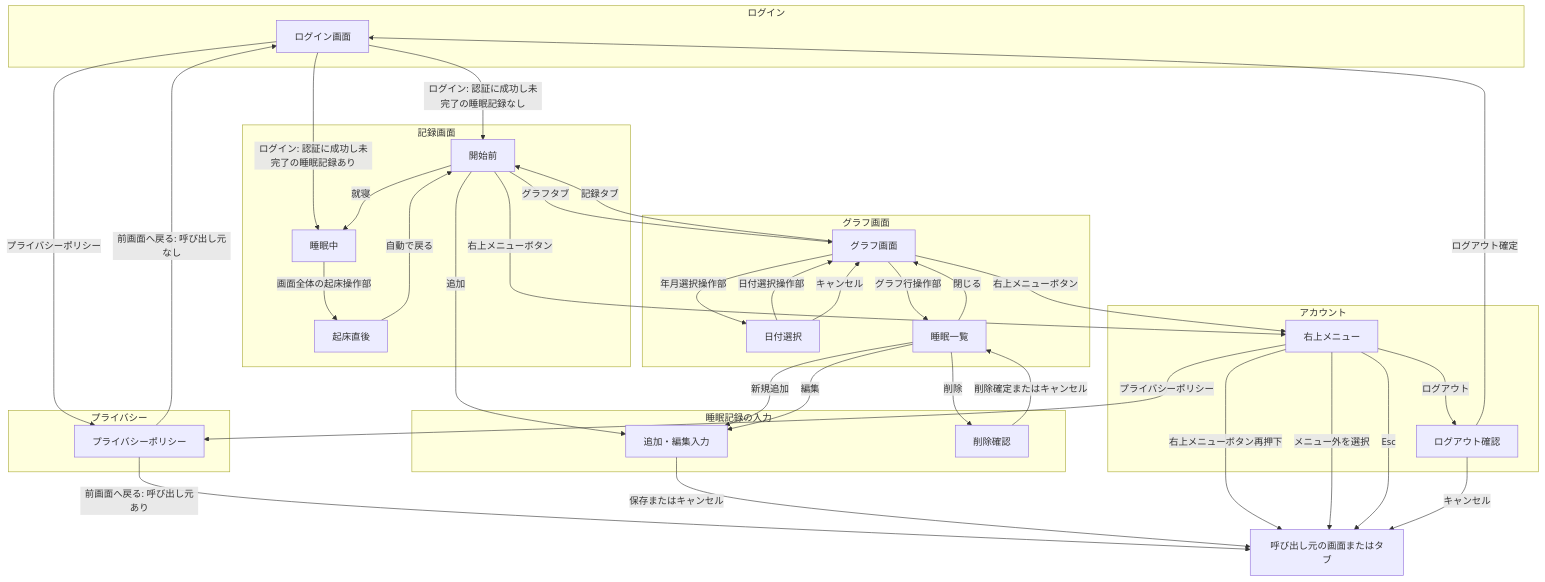
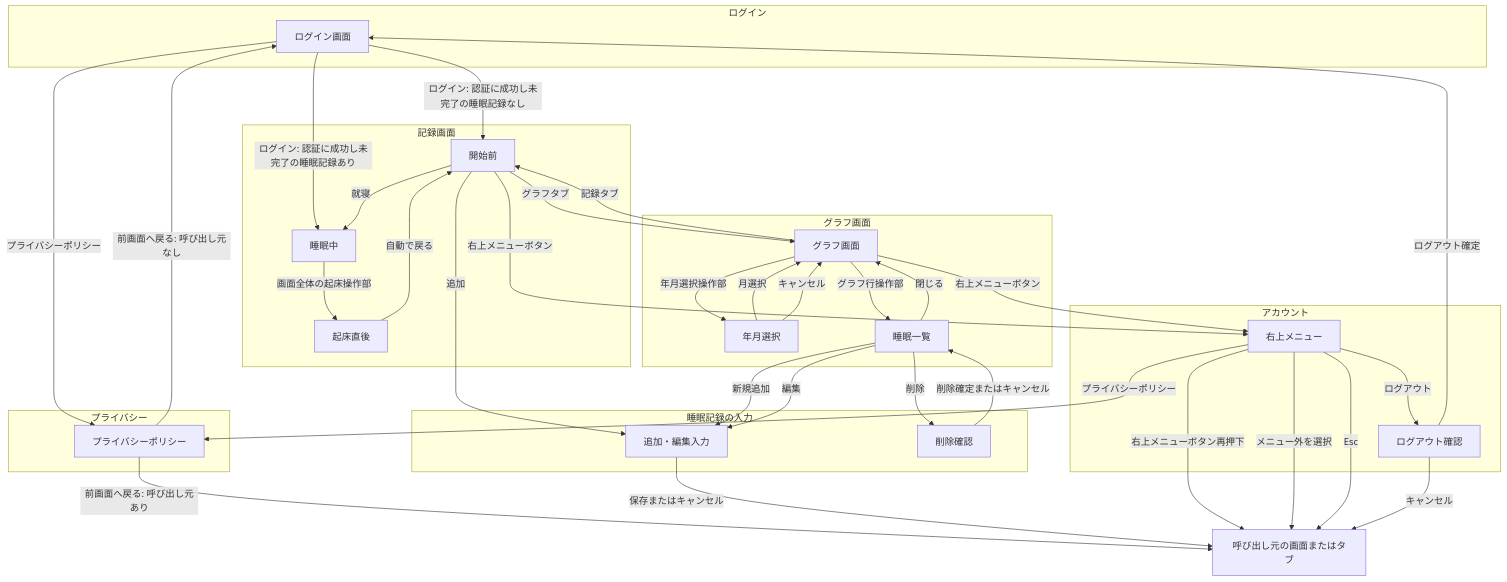
The diagram in docs/v0/specification.md (mimijima/SleepLog), drawn with Mermaid before and after one commit. The commit also changed other lines of this file and 13 other files, not shown here.

````diff
--- a/docs/v0/specification.md
+++ b/docs/v0/specification.md
@@ -90,68 +90,68 @@
 ```mermaid
 flowchart TD
     subgraph loginCategory["ログイン"]
         loginScreen["ログイン画面"]
     end
 
     subgraph recordCategory["記録画面"]
         recordStart["開始前"]
         sleepingScreen["睡眠中"]
         wakeComplete["起床直後"]
     end
 
     subgraph graphCategory["グラフ画面"]
         graphScreen["グラフ画面"]
-        datePicker["日付選択"]
+        monthPicker["年月選択"]
         sleepList["睡眠一覧"]
     end
 
     subgraph inputCategory["睡眠記録の入力"]
         recordInput["追加・編集入力"]
         deleteConfirm["削除確認"]
     end
 
     subgraph privacyCategory["プライバシー"]
         privacyPolicy["プライバシーポリシー"]
     end
 
     subgraph accountCategory["アカウント"]
         accountMenu["右上メニュー"]
         logoutConfirm["ログアウト確認"]
     end
 
     caller["呼び出し元の画面またはタブ"]
 
     loginScreen -->|プライバシーポリシー| privacyPolicy
     privacyPolicy -->|前画面へ戻る: 呼び出し元あり| caller
     privacyPolicy -->|前画面へ戻る: 呼び出し元なし| loginScreen
     loginScreen -->|ログイン: 認証に成功し未完了の睡眠記録なし| recordStart
     loginScreen -->|ログイン: 認証に成功し未完了の睡眠記録あり| sleepingScreen
 
     recordStart -->|就寝| sleepingScreen
     sleepingScreen -->|画面全体の起床操作部| wakeComplete
     wakeComplete -->|自動で戻る| recordStart
     recordStart -->|グラフタブ| graphScreen
     graphScreen -->|記録タブ| recordStart
     recordStart -->|追加| recordInput
 
-    graphScreen -->|年月選択操作部| datePicker
-    datePicker -->|日付選択操作部| graphScreen
-    datePicker -->|キャンセル| graphScreen
+    graphScreen -->|年月選択操作部| monthPicker
+    monthPicker -->|月選択| graphScreen
+    monthPicker -->|キャンセル| graphScreen
     graphScreen -->|グラフ行操作部| sleepList
     sleepList -->|閉じる| graphScreen
     sleepList -->|新規追加| recordInput
     sleepList -->|編集| recordInput
     recordInput -->|保存またはキャンセル| caller
     sleepList -->|削除| deleteConfirm
     deleteConfirm -->|削除確定またはキャンセル| sleepList
 
     recordStart -->|右上メニューボタン| accountMenu
     graphScreen -->|右上メニューボタン| accountMenu
     accountMenu -->|右上メニューボタン再押下| caller
     accountMenu -->|メニュー外を選択| caller
     accountMenu -->|Esc| caller
     accountMenu -->|プライバシーポリシー| privacyPolicy
     accountMenu -->|ログアウト| logoutConfirm
     logoutConfirm -->|ログアウト確定| loginScreen
     logoutConfirm -->|キャンセル| caller
 ```
````
